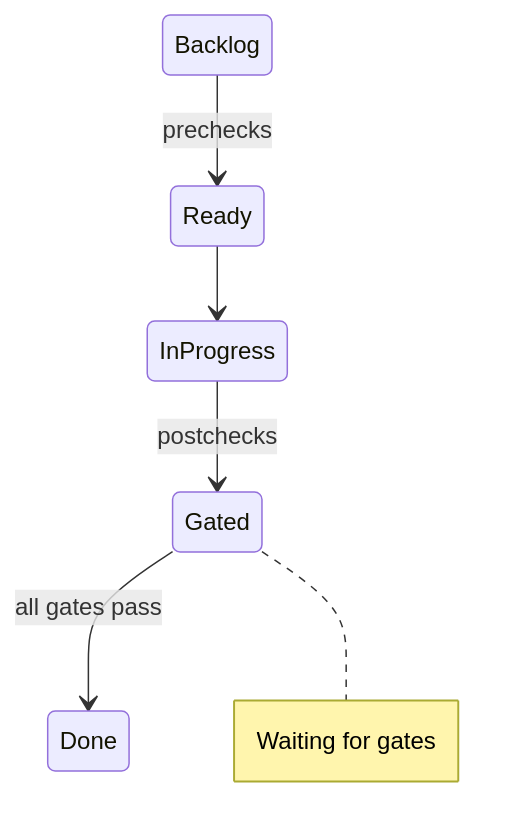
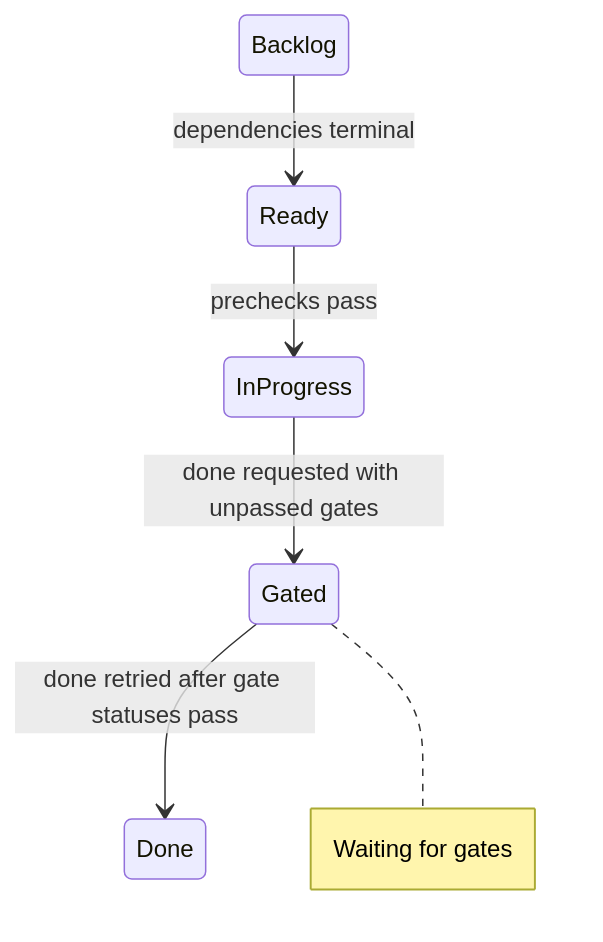
Before and after one commit to erankavija/just-in-time: the sixth of 9 diagrams in docs/concepts/core-model.md, drawn with Mermaid. The commit also changed other lines of this file and 69 other files, not shown here.

````diff
--- a/docs/concepts/core-model.md
+++ b/docs/concepts/core-model.md
@@ -661,10 +673,10 @@
 ```mermaid
 stateDiagram-v2
-    Backlog --> Ready: prechecks
-    Ready --> InProgress
-    InProgress --> Gated: postchecks
-    Gated --> Done: all gates pass
+    Backlog --> Ready: dependencies terminal
+    Ready --> InProgress: prechecks pass
+    InProgress --> Gated: done requested with unpassed gates
+    Gated --> Done: done retried after gate statuses pass
     note right of Gated
         Waiting for gates
     end note
 ```
````
